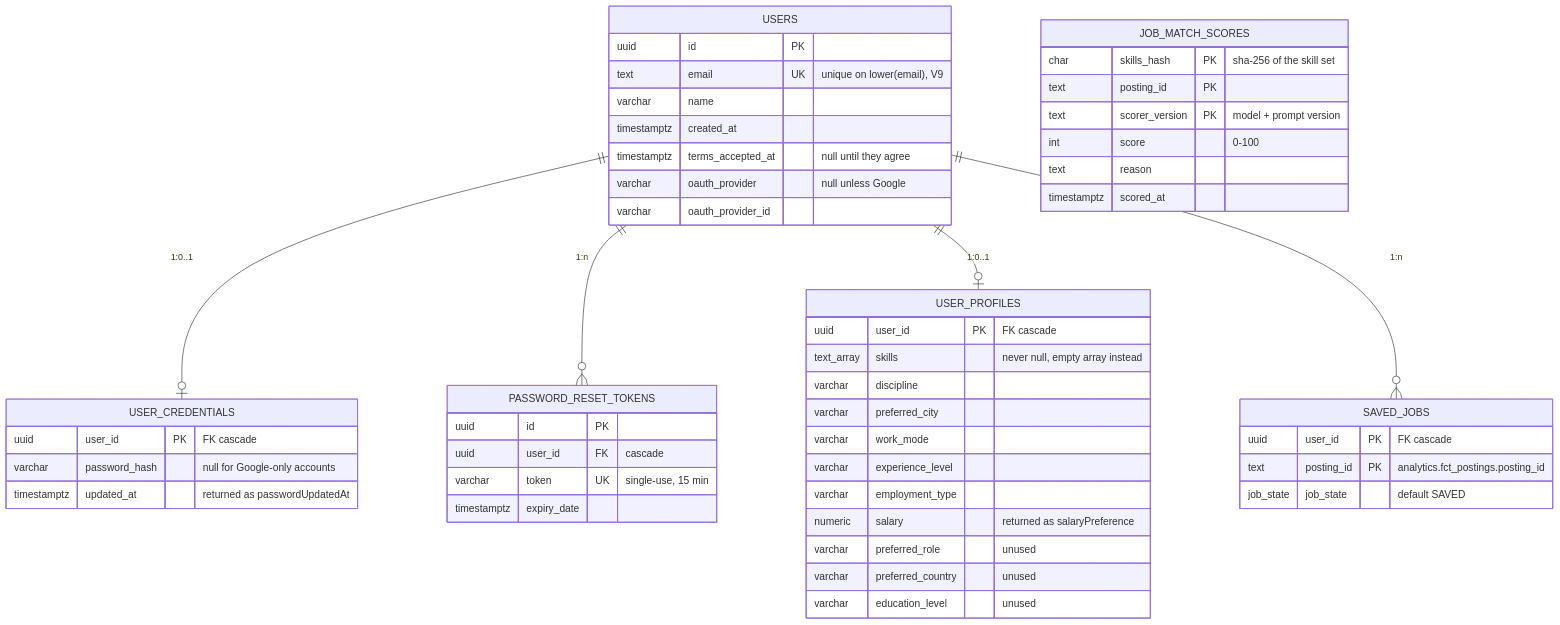
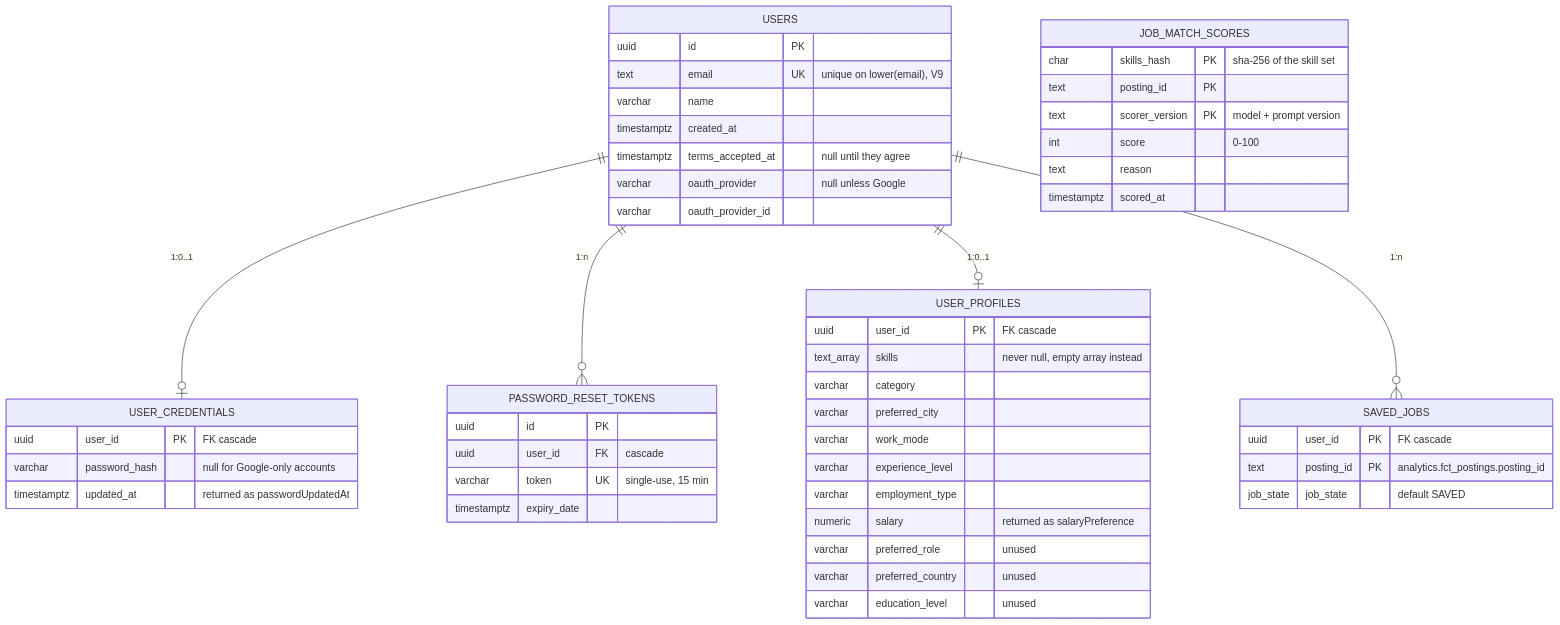
Before and after one commit to HackYourFutureProjects/c55-final-project-group-C: the diagram in backend/docs/api.md, drawn with Mermaid. The commit also changed other lines of this file and 5 other files, not shown here.

Commit message:
docs(backend): rename discipline to category in the API docs

````diff
--- a/backend/docs/api.md
+++ b/backend/docs/api.md
@@ -42,54 +42,54 @@
 ```mermaid
 erDiagram
     USERS ||--o| USER_CREDENTIALS : "1:0..1"
     USERS ||--o{ PASSWORD_RESET_TOKENS : "1:n"
     USERS ||--o| USER_PROFILES : "1:0..1"
     USERS ||--o{ SAVED_JOBS : "1:n"
 
     USERS {
         uuid id PK
         text email UK "unique on lower(email), V9"
         varchar name
         timestamptz created_at
         timestamptz terms_accepted_at "null until they agree"
         varchar oauth_provider "null unless Google"
         varchar oauth_provider_id
     }
     USER_CREDENTIALS {
         uuid user_id PK "FK cascade"
         varchar password_hash "null for Google-only accounts"
         timestamptz updated_at "returned as passwordUpdatedAt"
     }
     PASSWORD_RESET_TOKENS {
         uuid id PK
         uuid user_id FK "cascade"
         varchar token UK "single-use, 15 min"
         timestamptz expiry_date
     }
     USER_PROFILES {
         uuid user_id PK "FK cascade"
         text_array skills "never null, empty array instead"
-        varchar discipline
+        varchar category
         varchar preferred_city
         varchar work_mode
         varchar experience_level
         varchar employment_type
         numeric salary "returned as salaryPreference"
         varchar preferred_role "unused"
         varchar preferred_country "unused"
         varchar education_level "unused"
     }
     SAVED_JOBS {
         uuid user_id PK "FK cascade"
         text posting_id PK "analytics.fct_postings.posting_id"
         job_state job_state "default SAVED"
     }
     JOB_MATCH_SCORES {
         char skills_hash PK "sha-256 of the skill set"
         text posting_id PK
         text scorer_version PK "model + prompt version"
         int score "0-100"
         text reason
         timestamptz scored_at
     }
 ```
````
